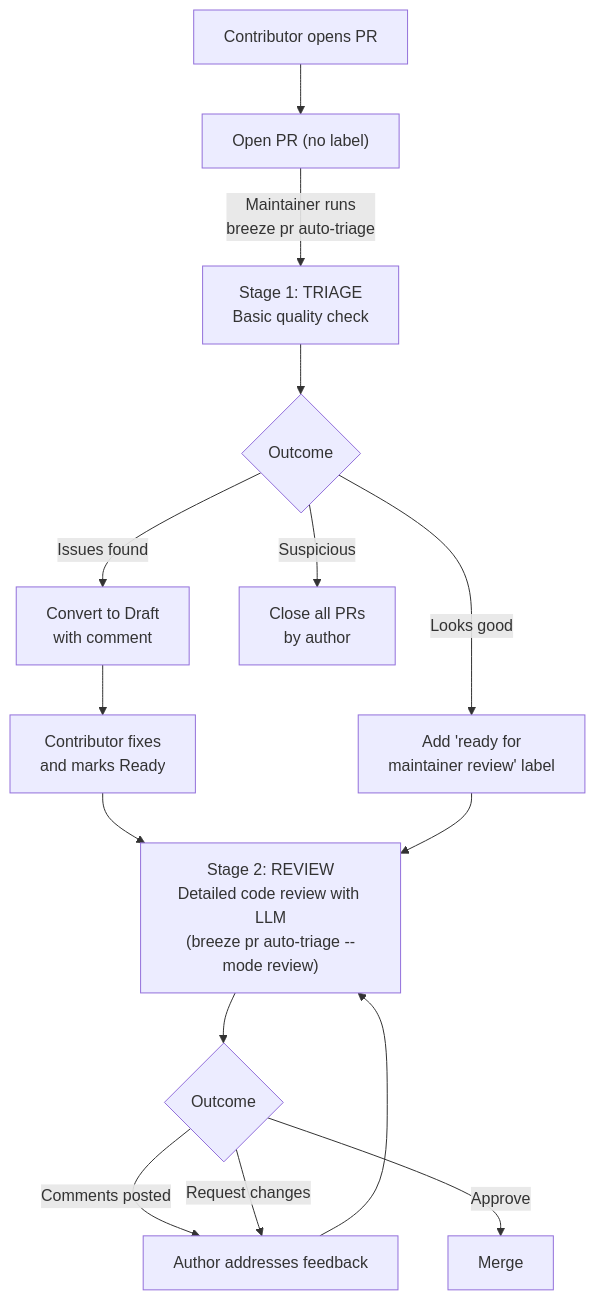
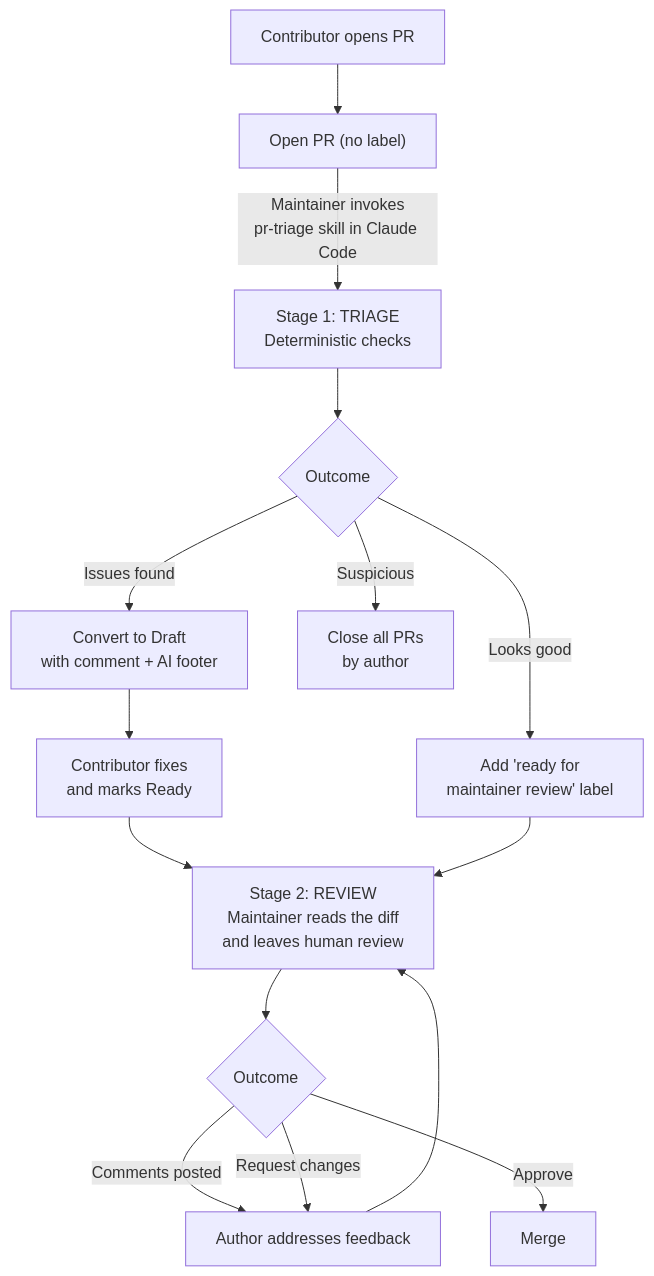
Before and after one commit to GoogleCloudPlatform/composer-airflow: the diagram in contributing-docs/25_maintainer_pr_triage.md, drawn with Mermaid. The commit also changed other lines of this file and 26 other files, not shown here.

First line of the commit message:
Remove breeze pr auto-triage, replaced by pr-triage skill (#65865)

````diff
--- a/contributing-docs/25_maintainer_pr_triage.md
+++ b/contributing-docs/25_maintainer_pr_triage.md
@@ -109,17 +85,17 @@
 ```mermaid
 flowchart TD
     A[Contributor opens PR] --> B["Open PR (no label)"]
-    B -->|"Maintainer runs<br/>breeze pr auto-triage"| C["Stage 1: TRIAGE<br/>Basic quality check"]
+    B -->|"Maintainer invokes<br/>pr-triage skill in Claude Code"| C["Stage 1: TRIAGE<br/>Deterministic checks"]
     C --> D{Outcome}
-    D -->|Issues found| E[Convert to Draft<br/>with comment]
+    D -->|Issues found| E[Convert to Draft<br/>with comment + AI footer]
     D -->|Looks good| F["Add 'ready for<br/>maintainer review' label"]
     D -->|Suspicious| G[Close all PRs<br/>by author]
     E --> H[Contributor fixes<br/>and marks Ready]
     H --> I[Stage 2: REVIEW]
     F --> I
-    I["Stage 2: REVIEW<br/>Detailed code review with LLM<br/>(breeze pr auto-triage --mode review)"] --> J{Outcome}
+    I["Stage 2: REVIEW<br/>Maintainer reads the diff<br/>and leaves human review"] --> J{Outcome}
     J -->|Comments posted| K[Author addresses feedback]
     J -->|Approve| L[Merge]
     J -->|Request changes| K
     K --> I
 ```
````
